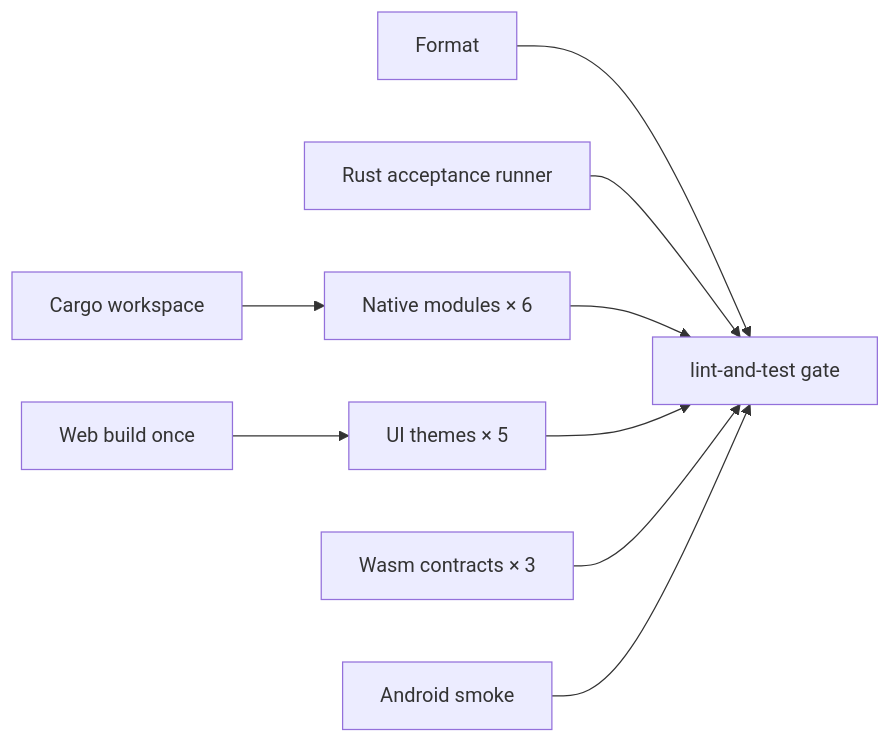
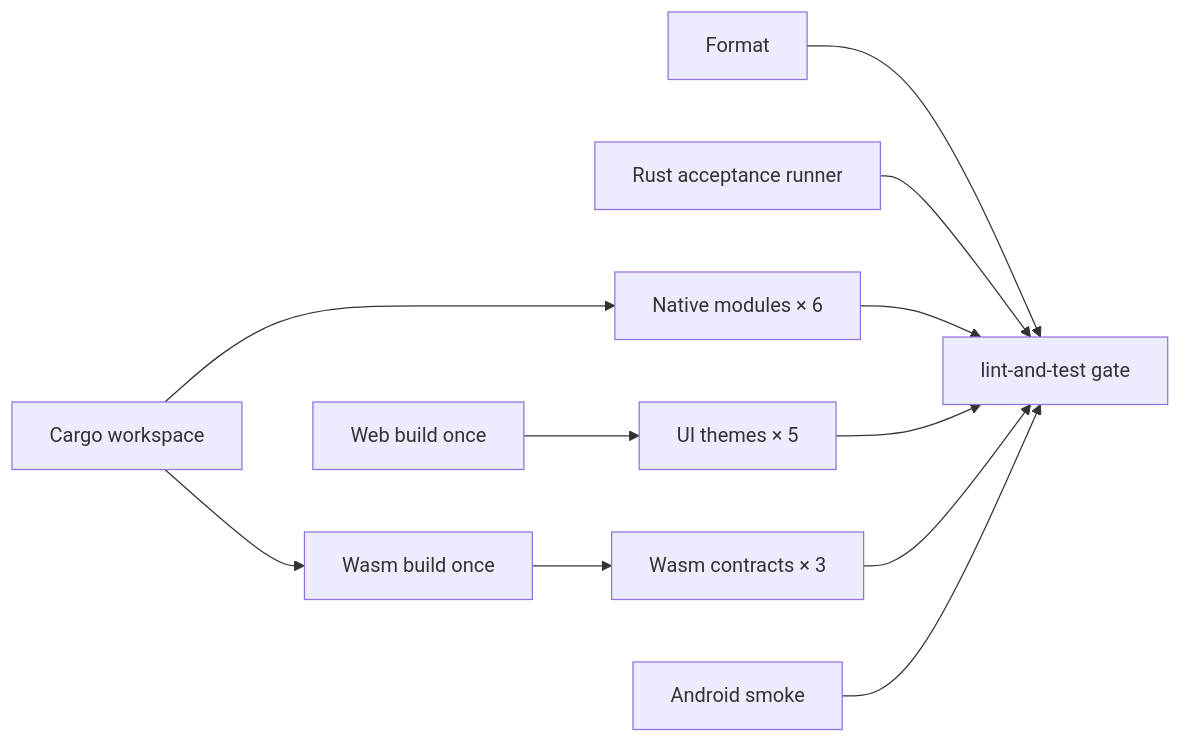
The diagram in docs/testing/mainline-validation-matrix.md (Develata/RSS-Reader), drawn with Mermaid before and after one commit. The commit also changed other lines of this file and 4 other files, not shown here.

````diff
--- a/docs/testing/mainline-validation-matrix.md
+++ b/docs/testing/mainline-validation-matrix.md
@@ -46,11 +47,13 @@
 ```mermaid
 flowchart LR
   W[Cargo workspace] --> N[Native modules × 6]
   B[Web build once] --> U[UI themes × 5]
   F[Format] --> G[lint-and-test gate]
   T[Rust acceptance runner] --> G
   N --> G
   U --> G
-  C[Wasm contracts × 3] --> G
+  W --> CB[Wasm build once]
+  CB --> C[Wasm contracts × 3]
+  C --> G
   A[Android smoke] --> G
 ```
````
